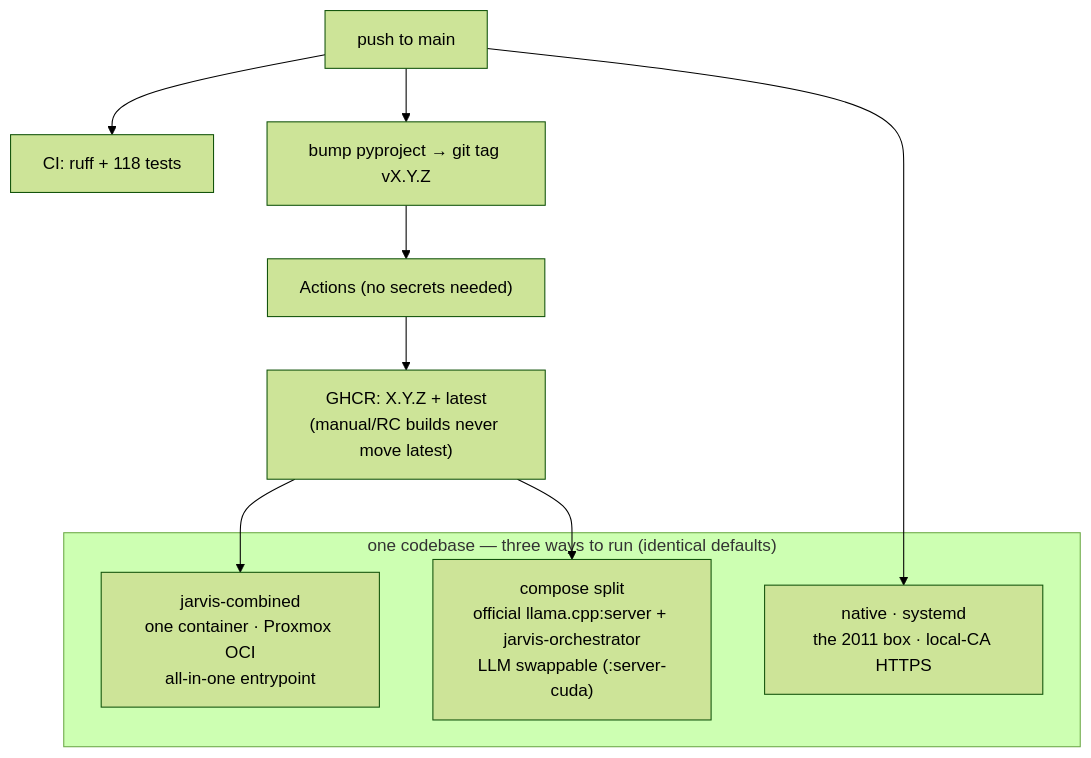
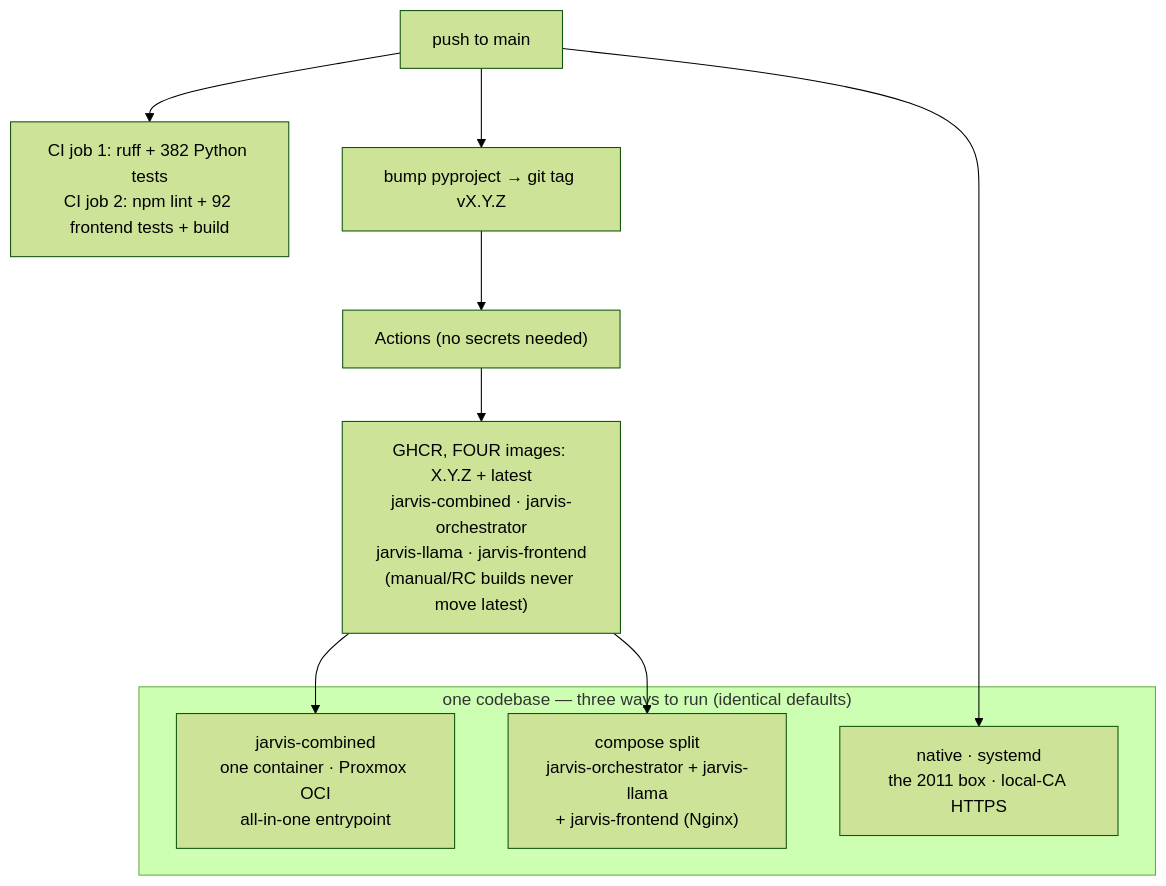
The tenth of 10 diagrams in docs/DIAGRAMS.md (Ravijangid820/jarvis), drawn with Mermaid (forest theme) before and after one commit. The commit also changed other lines of this file and 10 other files, not shown here.

````diff
--- a/docs/DIAGRAMS.md
+++ b/docs/DIAGRAMS.md
@@ -229,14 +265,14 @@
 ```mermaid
 flowchart TB
   subgraph SHAPES["one codebase — three ways to run (identical defaults)"]
     S1["jarvis-combined<br/>one container · Proxmox OCI<br/>all-in-one entrypoint"]
-    S2["compose split<br/>official llama.cpp:server + jarvis-orchestrator<br/>LLM swappable (:server-cuda)"]
+    S2["compose split<br/>jarvis-orchestrator + jarvis-llama<br/>+ jarvis-frontend (Nginx)"]
     S3["native · systemd<br/>the 2011 box · local-CA HTTPS"]
   end
-  DEV["push to main"] --> CI["CI: ruff + 118 tests"]
+  DEV["push to main"] --> CI["CI job 1: ruff + 382 Python tests<br/>CI job 2: npm lint + 92 frontend tests + build"]
   DEV --> TAG["bump pyproject → git tag vX.Y.Z"]
   TAG --> GHA["Actions (no secrets needed)"]
-  GHA --> IMG["GHCR: X.Y.Z + latest<br/>(manual/RC builds never move latest)"]
+  GHA --> IMG["GHCR, FOUR images: X.Y.Z + latest<br/>jarvis-combined · jarvis-orchestrator<br/>jarvis-llama · jarvis-frontend<br/>(manual/RC builds never move latest)"]
   IMG --> S1 & S2
   DEV --> S3
 ```
````
